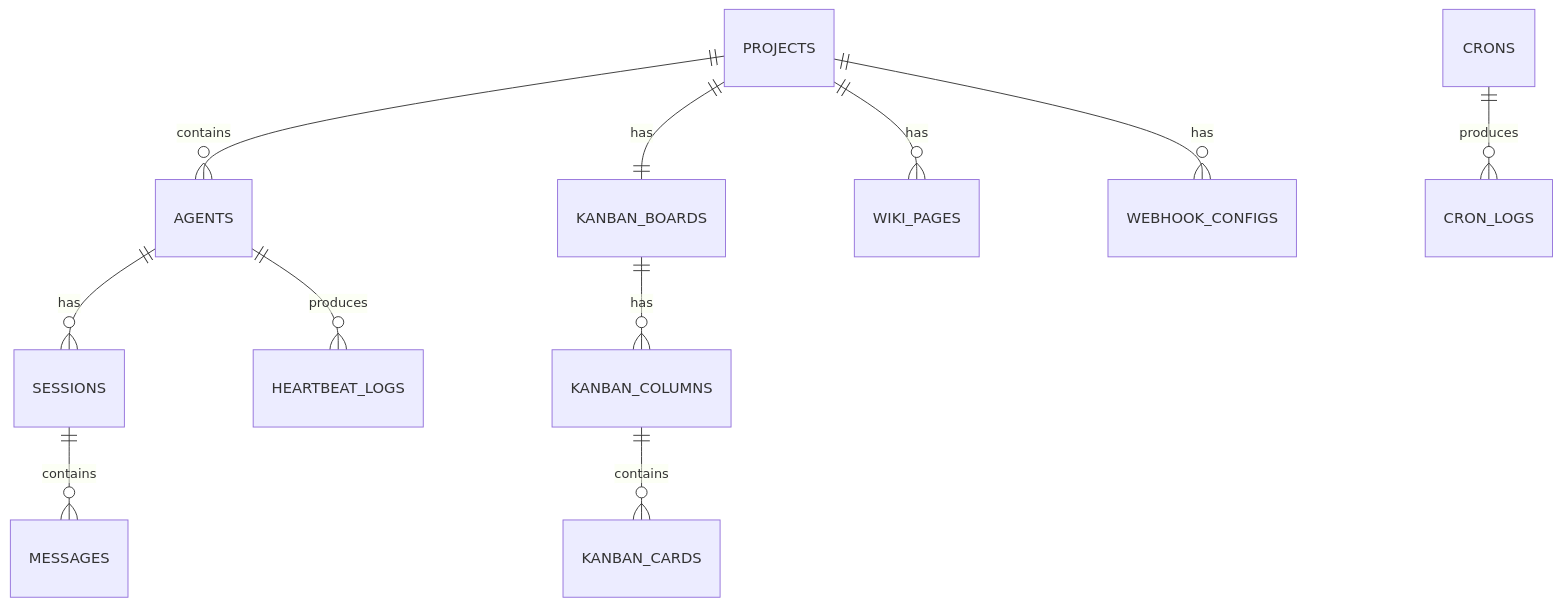
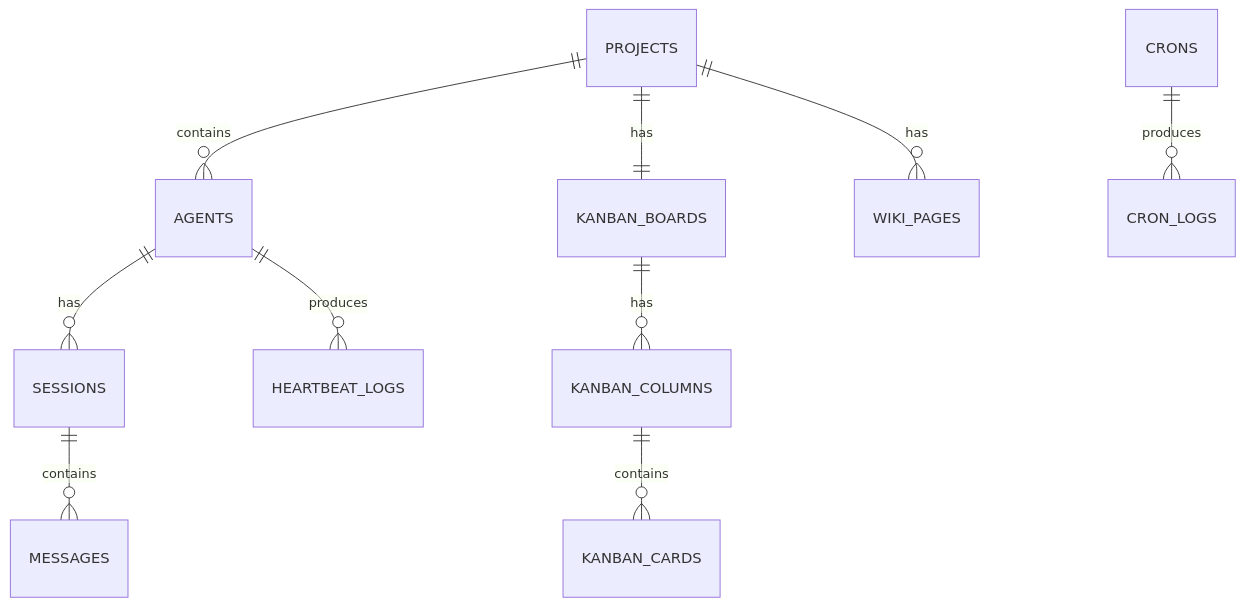
The second of 2 diagrams in README.md (Speakman-ai/agent-hub), drawn with Mermaid before and after one commit. The commit also changed other lines of this file and 128 other files, not shown here.

````diff
--- a/README.md
+++ b/README.md
@@ -414,13 +412,12 @@
 ```mermaid
 erDiagram
     PROJECTS ||--o{ AGENTS : contains
     AGENTS ||--o{ SESSIONS : has
     SESSIONS ||--o{ MESSAGES : contains
     PROJECTS ||--|| KANBAN_BOARDS : has
     KANBAN_BOARDS ||--o{ KANBAN_COLUMNS : has
     KANBAN_COLUMNS ||--o{ KANBAN_CARDS : contains
     PROJECTS ||--o{ WIKI_PAGES : has
-    PROJECTS ||--o{ WEBHOOK_CONFIGS : has
     AGENTS ||--o{ HEARTBEAT_LOGS : produces
     CRONS ||--o{ CRON_LOGS : produces
 ```
````
